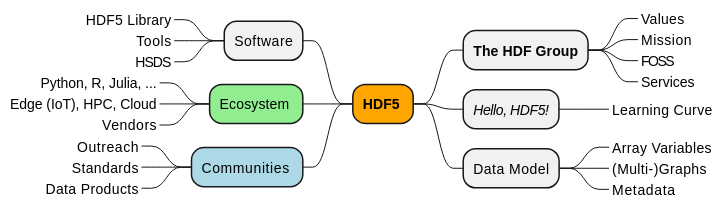
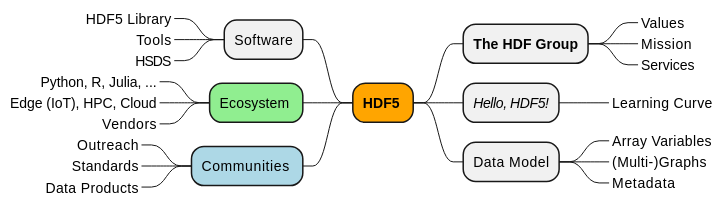
Before and after one commit to gheber/literate-hdf5: the first of 6 diagrams in hdf5-intro/hdf5-intro.org, drawn with PlantUML. The commit also changed other lines of this file and 2 other files, not shown here.

```diff
--- a/hdf5-intro/hdf5-intro.org
+++ b/hdf5-intro/hdf5-intro.org
@@ -12,42 +12,41 @@
 #+begin_src plantuml :file img/outline.png :exports results
 @startmindmap
 scale 1
 <style>
 mindmapDiagram {
 .orange {
 BackgroundColor orange
 }
 .blue {
 BackgroundColor lightblue
 }
 .green {
 BackgroundColor lightgreen
 }
 }
 </style>
 + <b>HDF5</b> <<orange>>
 ++ <b>The HDF Group</b>
 +++_ Values
 +++_ Mission
-+++_ FOSS
 +++_ Services
 ++ <i>Hello, HDF5!</i>
 +++_ Learning Curve
 ++ Data Model
 +++_ Array Variables
 +++_ (Multi-)Graphs
 +++_ Metadata
 -- Software
 ---_ HDF5 Library
 ---_ Tools
 ---_ HSDS
 -- Ecosystem <<green>>
 ---_ Python, R, Julia, ...
 ---_ Edge (IoT), HPC, Cloud
 ---_ Vendors
 -- Communities <<blue>>
 ---_ Outreach
 ---_ Standards
 ---_ Data Products
 @endmindmap
 #+end_src
```
